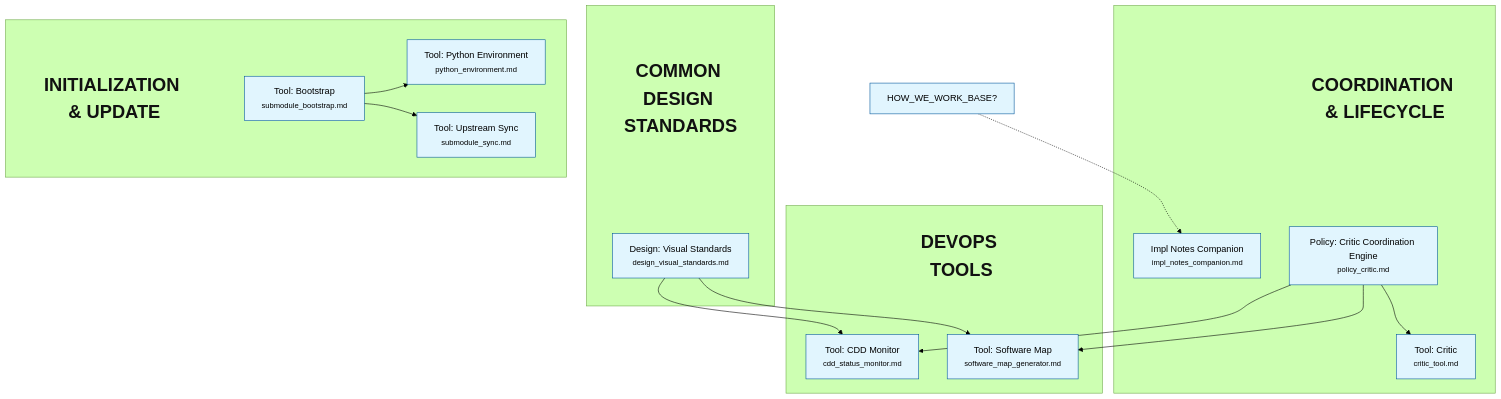
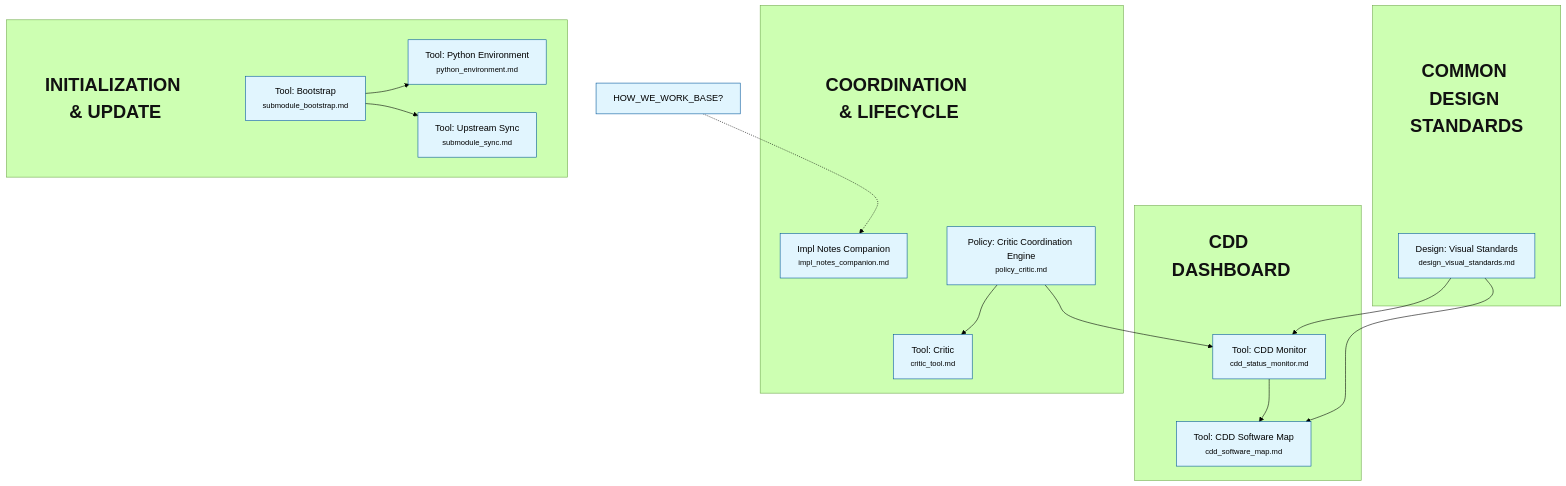
One commit to rlabarca/purlin changed the diagram in README.md. Above: the diagram before and after it, drawn with Mermaid (forest theme). The commit also changed other lines of this file and 19 other files, not shown here.

First line of the commit message:
architect(cdd): Merge Software Map into CDD Dashboard

````diff
--- a/README.md
+++ b/README.md
@@ -163,62 +163,62 @@
 ```mermaid
 flowchart TD
 
+
+    subgraph CDD_Dashboard [" "]
+        title_CDD_Dashboard["CDD DASHBOARD"]
+        cdd_software_map["Tool: CDD Software Map<br/><small>cdd_software_map.md</small>"]
+        title_CDD_Dashboard ~~~ cdd_software_map
+        cdd_status_monitor["Tool: CDD Monitor<br/><small>cdd_status_monitor.md</small>"]
+        title_CDD_Dashboard ~~~ cdd_status_monitor
+    end
 
     subgraph Common_Design_Standards [" "]
         title_Common_Design_Standards["COMMON DESIGN STANDARDS"]
         design_visual_standards["Design: Visual Standards<br/><small>design_visual_standards.md</small>"]
         title_Common_Design_Standards ~~~ design_visual_standards
     end
 
     subgraph Coordination_&_Lifecycle [" "]
         title_Coordination_&_Lifecycle["COORDINATION & LIFECYCLE"]
         critic_tool["Tool: Critic<br/><small>critic_tool.md</small>"]
         title_Coordination_&_Lifecycle ~~~ critic_tool
         impl_notes_companion["Impl Notes Companion<br/><small>impl_notes_companion.md</small>"]
         title_Coordination_&_Lifecycle ~~~ impl_notes_companion
         policy_critic["Policy: Critic Coordination Engine<br/><small>policy_critic.md</small>"]
         title_Coordination_&_Lifecycle ~~~ policy_critic
     end
 
-    subgraph DevOps_Tools [" "]
-        title_DevOps_Tools["DEVOPS TOOLS"]
-        cdd_status_monitor["Tool: CDD Monitor<br/><small>cdd_status_monitor.md</small>"]
-        title_DevOps_Tools ~~~ cdd_status_monitor
-        software_map_generator["Tool: Software Map<br/><small>software_map_generator.md</small>"]
-        title_DevOps_Tools ~~~ software_map_generator
-    end
-
     subgraph Initialization_&_Update [" "]
         title_Initialization_&_Update["INITIALIZATION & UPDATE"]
         python_environment["Tool: Python Environment<br/><small>python_environment.md</small>"]
         title_Initialization_&_Update ~~~ python_environment
         submodule_bootstrap["Tool: Bootstrap<br/><small>submodule_bootstrap.md</small>"]
         title_Initialization_&_Update ~~~ submodule_bootstrap
         submodule_sync["Tool: Upstream Sync<br/><small>submodule_sync.md</small>"]
         title_Initialization_&_Update ~~~ submodule_sync
     end
 
     %% Relationships
+    cdd_status_monitor --> cdd_software_map
+    design_visual_standards --> cdd_software_map
     policy_critic --> cdd_status_monitor
     design_visual_standards --> cdd_status_monitor
     policy_critic --> critic_tool
     HOW_WE_WORK_BASE["HOW_WE_WORK_BASE?"] -.-> impl_notes_companion
     submodule_bootstrap --> python_environment
-    policy_critic --> software_map_generator
-    design_visual_standards --> software_map_generator
     submodule_bootstrap --> submodule_sync
 
     %% Styling Definitions
     classDef default fill:#e1f5fe,stroke:#01579b,stroke-width:1px,color:black;
     classDef release fill:#f96,stroke:#333,stroke-width:2px,color:black,font-weight:bold;
     classDef hardware fill:#e8f5e9,stroke:#2e7d32,stroke-width:1px,color:black;
     classDef ui fill:#f3e5f5,stroke:#7b1fa2,stroke-width:1px,color:black;
     classDef process fill:#f1f8e9,stroke:#558b2f,stroke-width:1px,color:black;
     classDef subgraphTitle fill:none,stroke:none,color:#111,font-size:32px,font-weight:bold;
 
     %% Style Applications
+    class title_CDD_Dashboard subgraphTitle;
     class title_Common_Design_Standards subgraphTitle;
     class title_Coordination_&_Lifecycle subgraphTitle;
-    class title_DevOps_Tools subgraphTitle;
     class title_Initialization_&_Update subgraphTitle;
 ```
````
